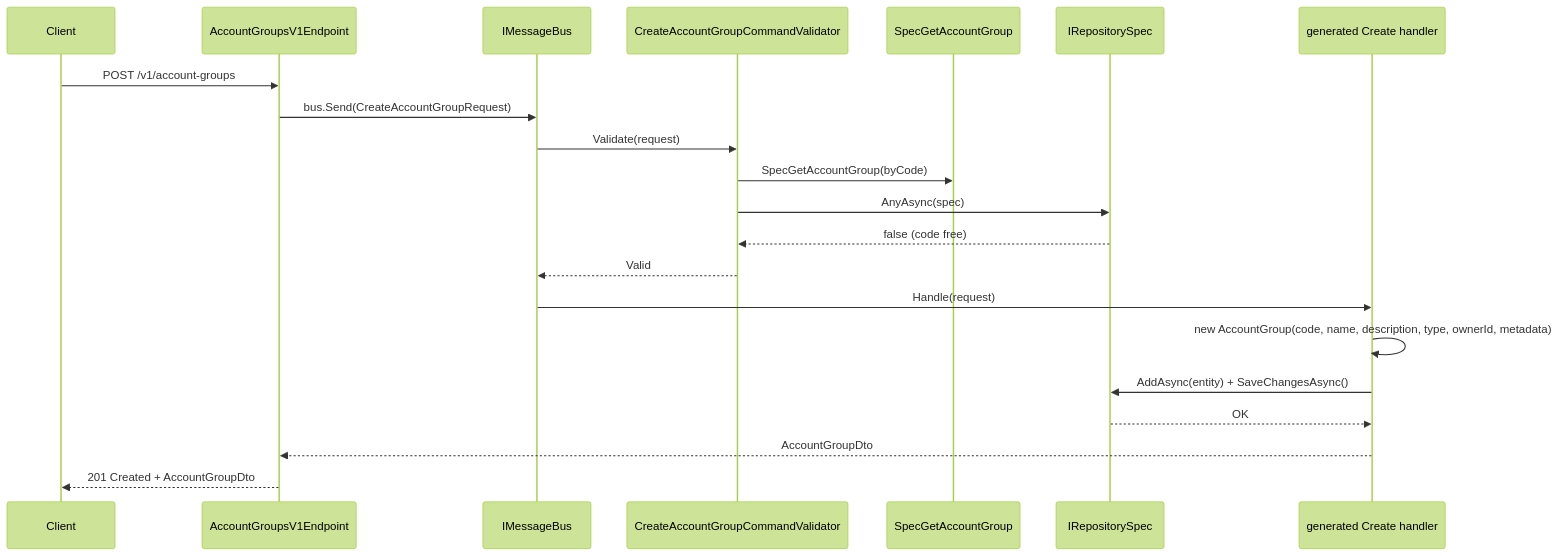
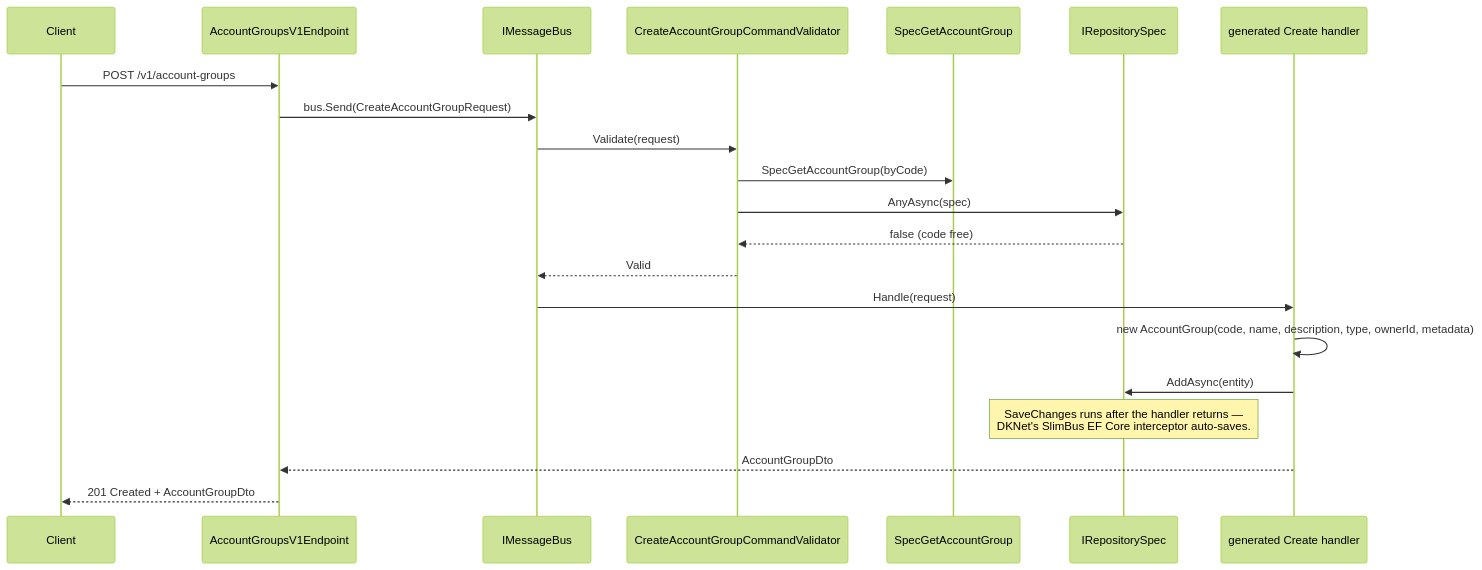
Before and after one commit to baoduy/DKNet.Accounts.Api: the second of 4 diagrams in docs/features/account-groups/architecture.md, drawn with Mermaid (forest theme). The commit also changed other lines of this file and 13 other files, not shown here.

````diff
--- a/docs/features/account-groups/architecture.md
+++ b/docs/features/account-groups/architecture.md
@@ -48,24 +48,24 @@
 ```mermaid
 sequenceDiagram
     participant C as Client
     participant EP as AccountGroupsV1Endpoint
     participant BUS as IMessageBus
     participant VAL as CreateAccountGroupCommandValidator
     participant SPEC as SpecGetAccountGroup
     participant REPO as IRepositorySpec
     participant HDL as generated Create handler
 
     C->>EP: POST /v1/account-groups
     EP->>BUS: bus.Send(CreateAccountGroupRequest)
     BUS->>VAL: Validate(request)
     VAL->>SPEC: SpecGetAccountGroup(byCode)
     VAL->>REPO: AnyAsync(spec)
     REPO-->>VAL: false (code free)
     VAL-->>BUS: Valid
     BUS->>HDL: Handle(request)
     HDL->>HDL: new AccountGroup(code, name, description, type, ownerId, metadata)
-    HDL->>REPO: AddAsync(entity) + SaveChangesAsync()
-    REPO-->>HDL: OK
+    HDL->>REPO: AddAsync(entity)
+    Note over REPO: SaveChanges runs after the handler returns —<br/>DKNet's SlimBus EF Core interceptor auto-saves.
     HDL-->>EP: AccountGroupDto
     EP-->>C: 201 Created + AccountGroupDto
 ```
````
